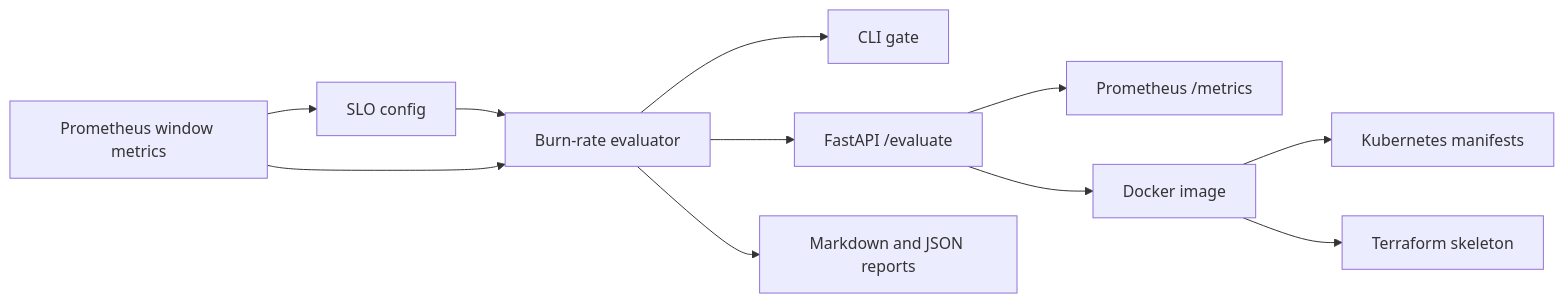
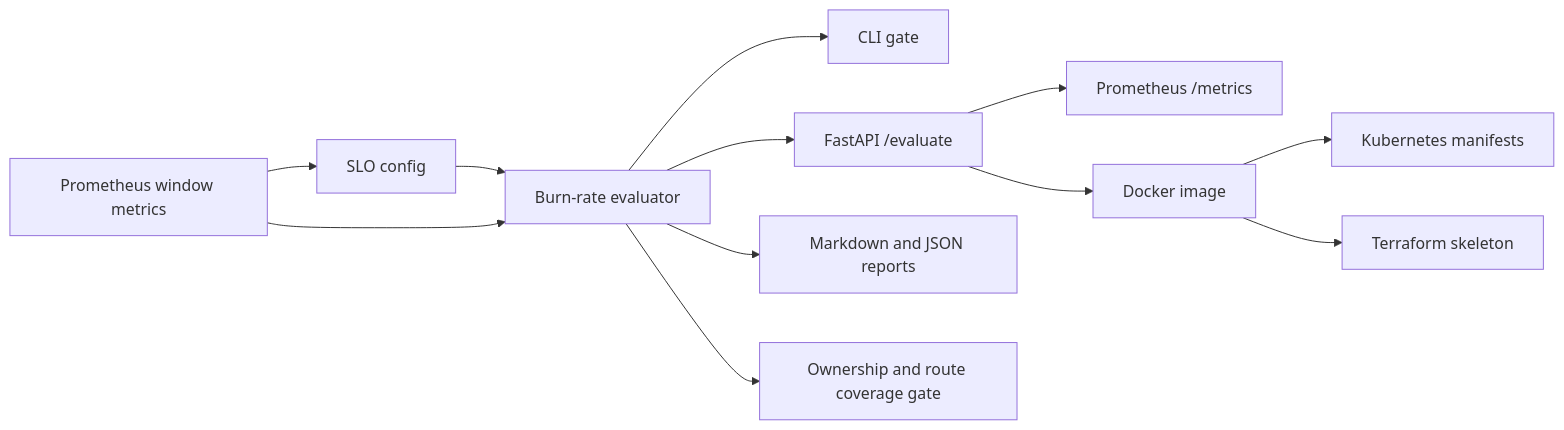
One commit to Nagadeepak1998/prometheus-slo-alert-lab changed the diagram in README.md. Above: the diagram before and after it, drawn with Mermaid. The commit also changed other lines of this file and 16 other files, not shown here.

Commit message:
Add alert routing coverage gate

````diff
--- a/README.md
+++ b/README.md
@@ -14,13 +15,14 @@
 ```mermaid
 flowchart LR
     A[Prometheus window metrics] --> B[SLO config]
     B --> C[Burn-rate evaluator]
     A --> C
     C --> D[CLI gate]
     C --> E[FastAPI /evaluate]
     C --> F[Markdown and JSON reports]
+    C --> K[Ownership and route coverage gate]
     E --> G[Prometheus /metrics]
     E --> H[Docker image]
     H --> I[Kubernetes manifests]
     H --> J[Terraform skeleton]
 ```
````
